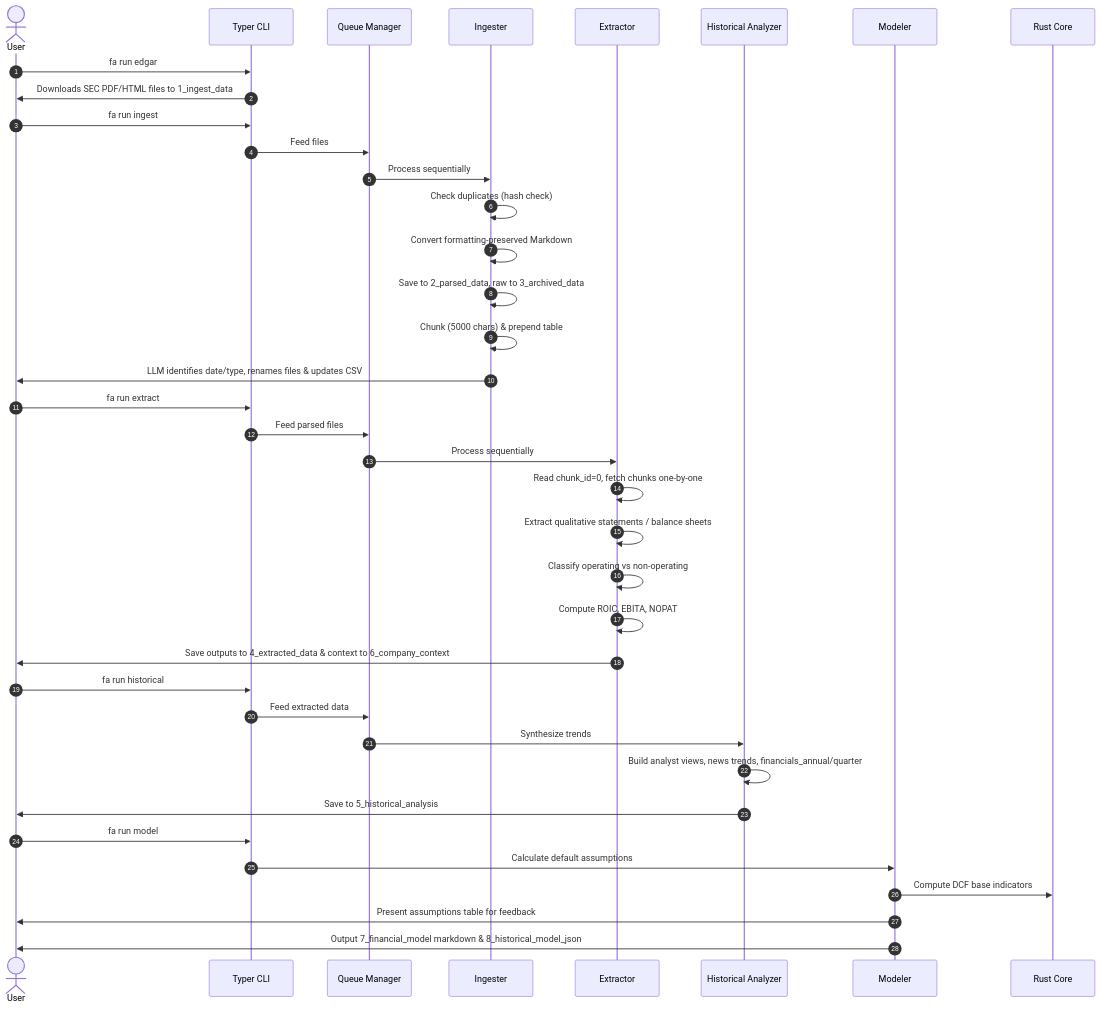
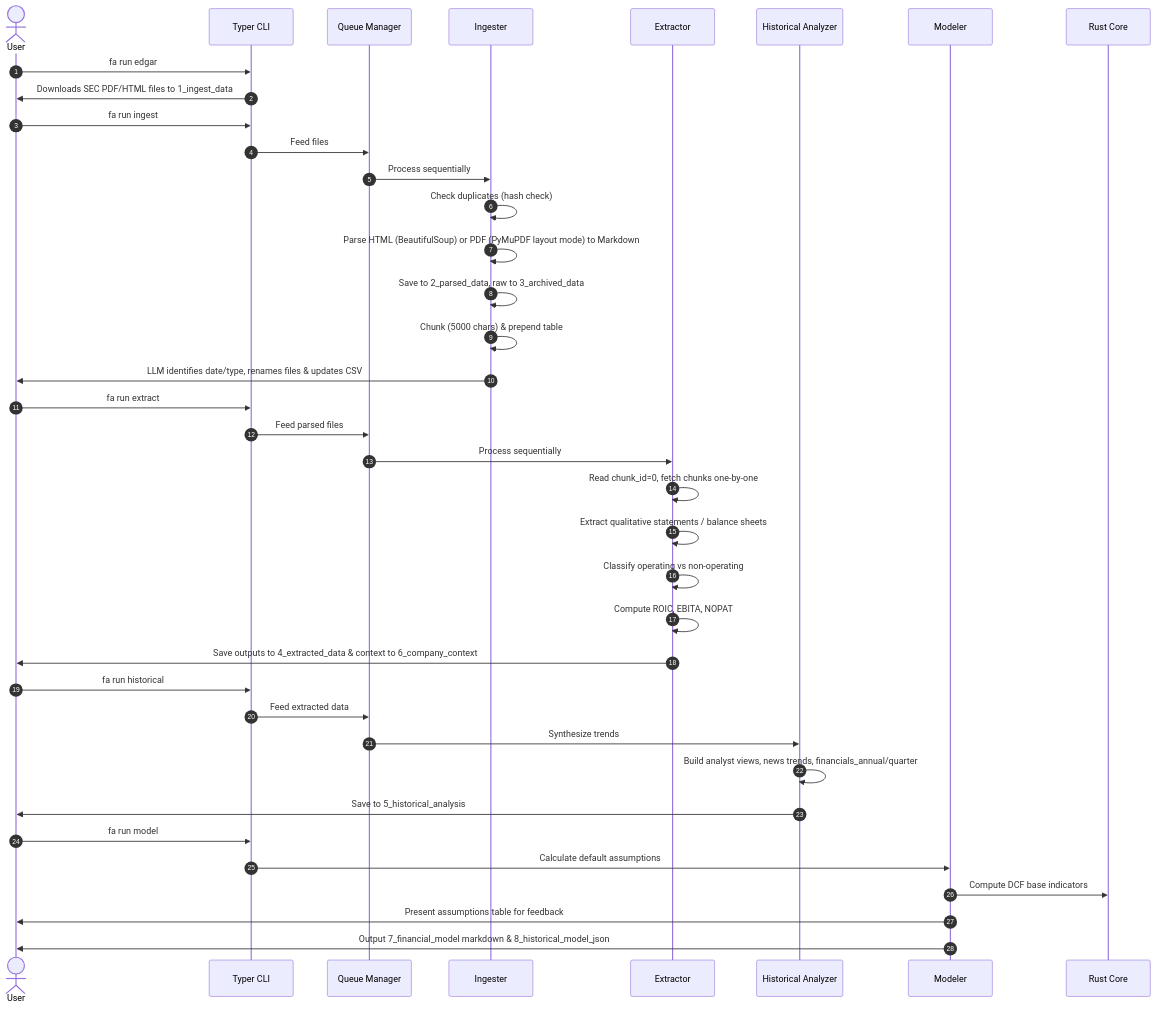
One commit to Ruinius/financial-analyst-cli changed the second of 3 diagrams in docs/architecture.md. Above: the diagram before and after it, drawn with Mermaid. The commit also changed other lines of this file and 12 other files, not shown here.

Commit message:
Implement PyMuPDF layout-preserving PDF parser, add tests, fix syntax issues and update docs

````diff
--- a/docs/architecture.md
+++ b/docs/architecture.md
@@ -93,45 +93,45 @@
 ```mermaid
 sequenceDiagram
     autonumber
     actor User
     participant CLI as Typer CLI
     participant Queue as Queue Manager
     participant Ingest as Ingester
     participant Extract as Extractor
     participant Hist as Historical Analyzer
     participant Model as Modeler
     participant Rust as Rust Core
 
     User->>CLI: fa run edgar
     CLI->>User: Downloads SEC PDF/HTML files to 1_ingest_data
 
     User->>CLI: fa run ingest
     CLI->>Queue: Feed files
     Queue->>Ingest: Process sequentially
     Ingest->>Ingest: Check duplicates (hash check)
-    Ingest->>Ingest: Convert formatting-preserved Markdown
+    Ingest->>Ingest: Parse HTML (BeautifulSoup) or PDF (PyMuPDF layout mode) to Markdown
     Ingest->>Ingest: Save to 2_parsed_data, raw to 3_archived_data
     Ingest->>Ingest: Chunk (5000 chars) & prepend table
     Ingest->>User: LLM identifies date/type, renames files & updates CSV
 
     User->>CLI: fa run extract
     CLI->>Queue: Feed parsed files
     Queue->>Extract: Process sequentially
     Extract->>Extract: Read chunk_id=0, fetch chunks one-by-one
     Extract->>Extract: Extract qualitative statements / balance sheets
     Extract->>Extract: Classify operating vs non-operating
     Extract->>Extract: Compute ROIC, EBITA, NOPAT
     Extract->>User: Save outputs to 4_extracted_data & context to 6_company_context
 
     User->>CLI: fa run historical
     CLI->>Queue: Feed extracted data
     Queue->>Hist: Synthesize trends
     Hist->>Hist: Build analyst views, news trends, financials_annual/quarter
     Hist->>User: Save to 5_historical_analysis
 
     User->>CLI: fa run model
     CLI->>Model: Calculate default assumptions
     Model->>Rust: Compute DCF base indicators
     Model->>User: Present assumptions table for feedback
     Model->>User: Output 7_financial_model markdown & 8_historical_model_json
 ```
````
